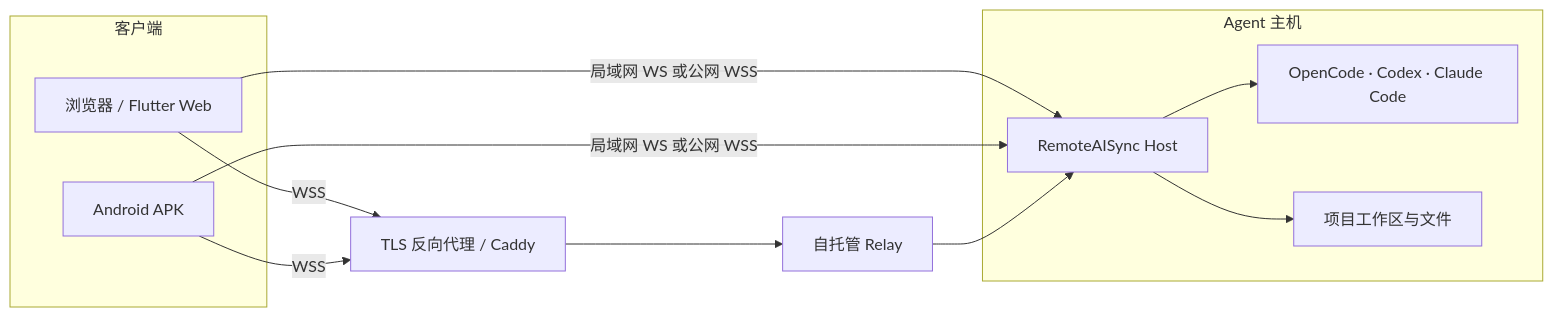
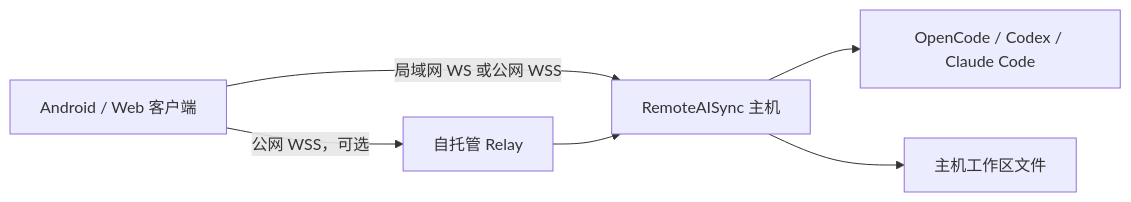
The diagram in README.md (xiaoshijourney/RemoteAISync), drawn with Mermaid before and after one commit. The commit also changed other lines of this file and 2 other files, not shown here.

````diff
--- a/README.md
+++ b/README.md
@@ -15,20 +27,8 @@
 ```mermaid
 flowchart LR
-  subgraph Client[客户端]
-    Web[浏览器 / Flutter Web]
-    Android[Android APK]
-  end
-  subgraph Host[Agent 主机]
-    Bridge[RemoteAISync Host]
-    Agents[OpenCode · Codex · Claude Code]
-    Workspace[项目工作区与文件]
-    Bridge --> Agents
-    Bridge --> Workspace
-  end
-  Relay[自托管 Relay]
-  TLS[TLS 反向代理 / Caddy]
-  Web -->|局域网 WS 或公网 WSS| Bridge
-  Android -->|局域网 WS 或公网 WSS| Bridge
-  Web -->|WSS| TLS --> Relay --> Bridge
-  Android -->|WSS| TLS
+  Client[Android / Web 客户端] -->|局域网 WS 或公网 WSS| Host[RemoteAISync 主机]
+  Host --> Agent[OpenCode / Codex / Claude Code]
+  Client -->|公网 WSS，可选| Relay[自托管 Relay]
+  Relay --> Host
+  Host --> Files[主机工作区文件]
 ```
````
